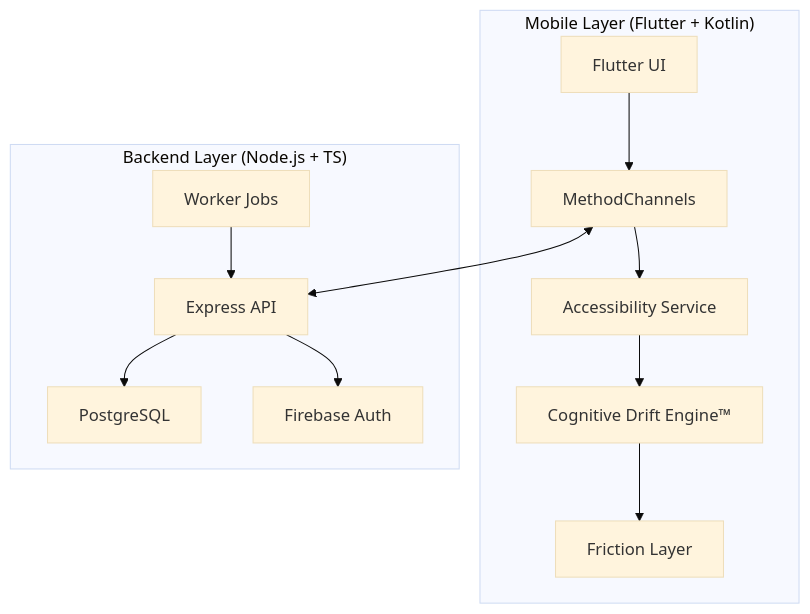
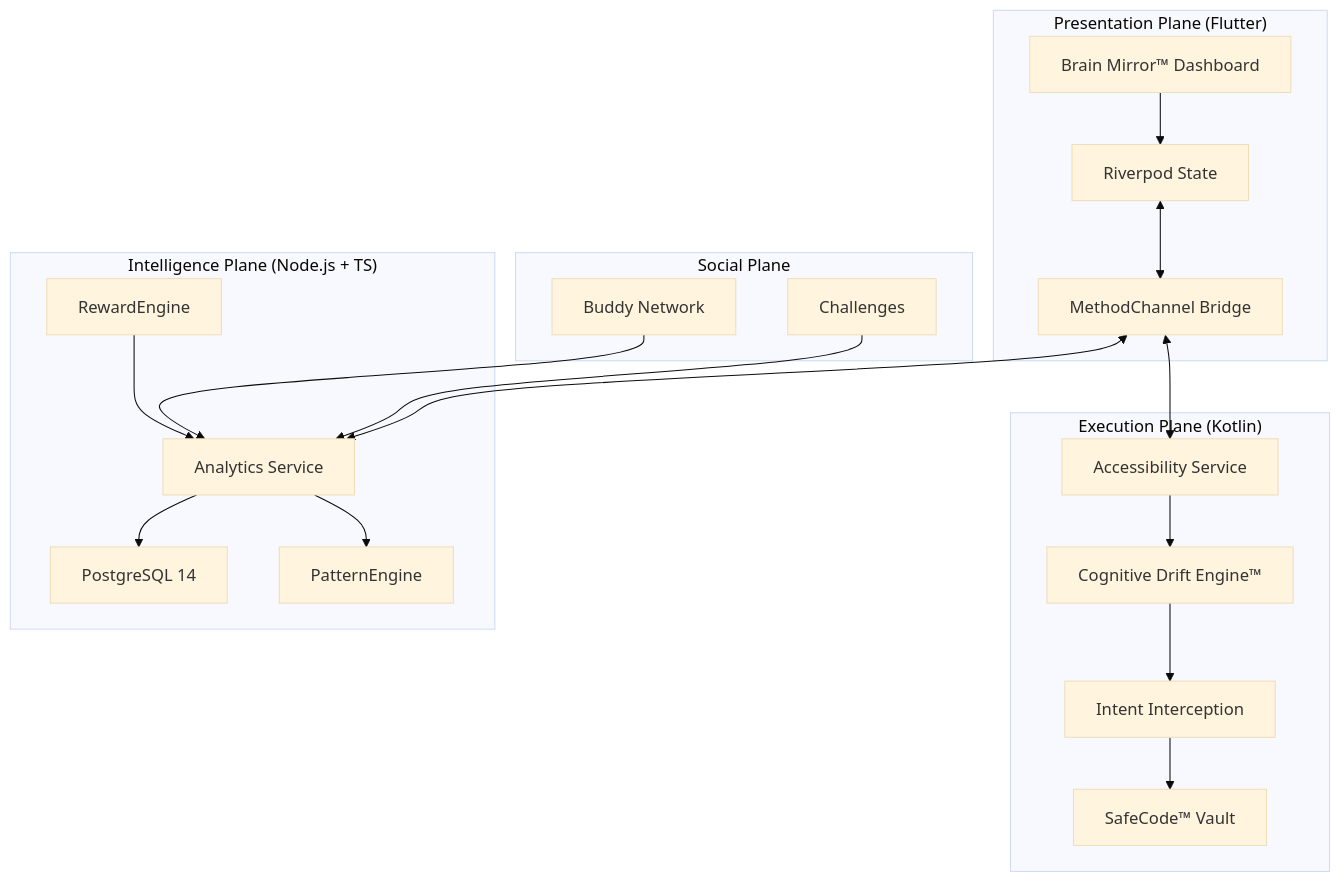
The diagram in README.md (SKYWALKERSID/ReClaim-App-), drawn with Mermaid (base theme) before and after one commit. The commit also changed other lines of this file and 72 other files, not shown here.

````diff
--- a/README.md
+++ b/README.md
@@ -18,17 +18,27 @@
 ```mermaid
 graph TD
-    subgraph "Mobile Layer (Flutter + Kotlin)"
-        A[Flutter UI] --> B[MethodChannels]
-        B --> C[Accessibility Service]
-        C --> D[Cognitive Drift Engine™]
-        D --> E[Friction Layer]
+    subgraph "Execution Plane (Kotlin)"
+        A[Accessibility Service] --> B[Cognitive Drift Engine™]
+        B --> C[Intent Interception]
+        C --> D[SafeCode™ Vault]
     end
     
-    subgraph "Backend Layer (Node.js + TS)"
-        F[Express API] --> G[PostgreSQL]
-        F --> H[Firebase Auth]
-        I[Worker Jobs] --> F
+    subgraph "Presentation Plane (Flutter)"
+        E[Brain Mirror™ Dashboard] --> F[Riverpod State]
+        F <--> G[MethodChannel Bridge]
+        G <--> A
     end
     
-    B <--> F
+    subgraph "Intelligence Plane (Node.js + TS)"
+        H[Analytics Service] --> I[PostgreSQL 14]
+        H --> J[PatternEngine]
+        K[RewardEngine] --> H
+    end
+    
+    subgraph "Social Plane"
+        L[Buddy Network] --> H
+        M[Challenges] --> H
+    end
+    
+    G <--> H
 ```
````
